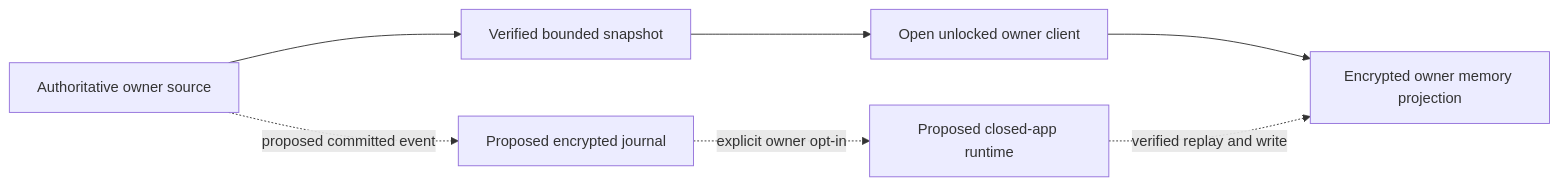
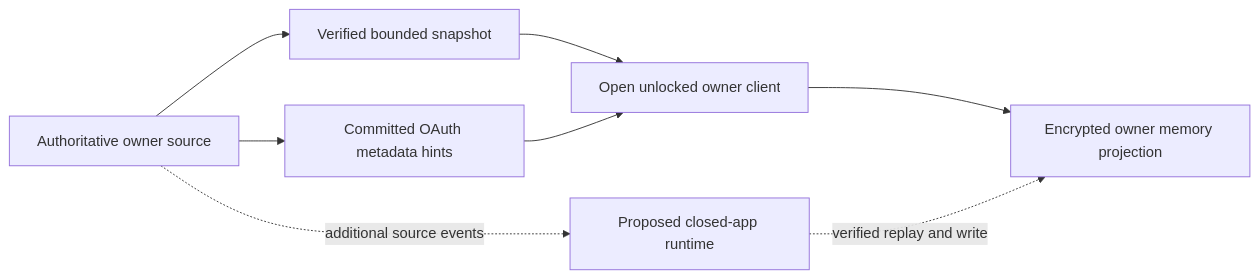
One commit to hushh-labs/hushh-research changed the diagram in docs/reference/architecture/live-memory-p0-acceptance-stories.md. Above: the diagram before and after it, drawn with Mermaid. The commit also changed other lines of this file and 33 other files, not shown here.

````diff
--- a/docs/reference/architecture/live-memory-p0-acceptance-stories.md
+++ b/docs/reference/architecture/live-memory-p0-acceptance-stories.md
@@ -7,9 +7,10 @@
 ```mermaid
 flowchart LR
   Source[Authoritative owner source] --> Snapshot[Verified bounded snapshot]
   Snapshot --> Client[Open unlocked owner client]
   Client --> Encrypted[Encrypted owner memory projection]
-  Source -. proposed committed event .-> Journal[Proposed encrypted journal]
-  Journal -. explicit owner opt-in .-> Runtime[Proposed closed-app runtime]
+  Source --> ConnectorJournal[Committed OAuth metadata hints]
+  ConnectorJournal --> Client
+  Source -. additional source events .-> Runtime[Proposed closed-app runtime]
   Runtime -. verified replay and write .-> Encrypted
 ```
````
